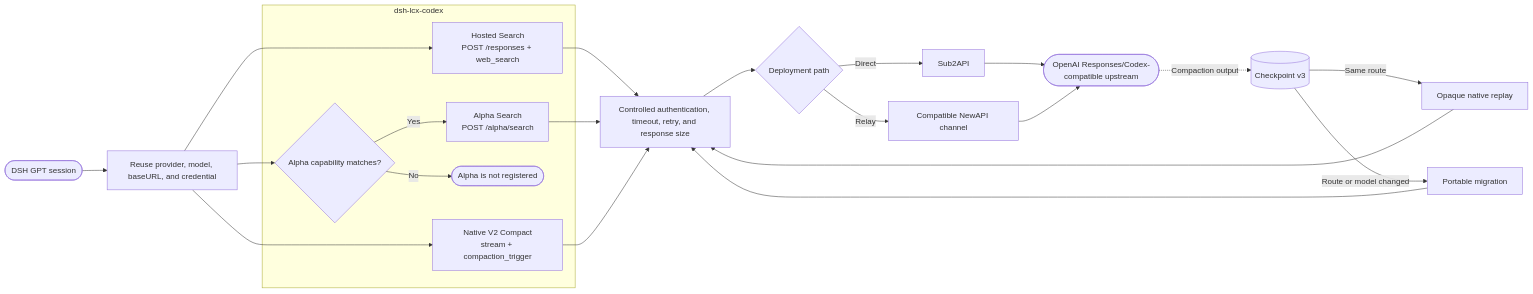
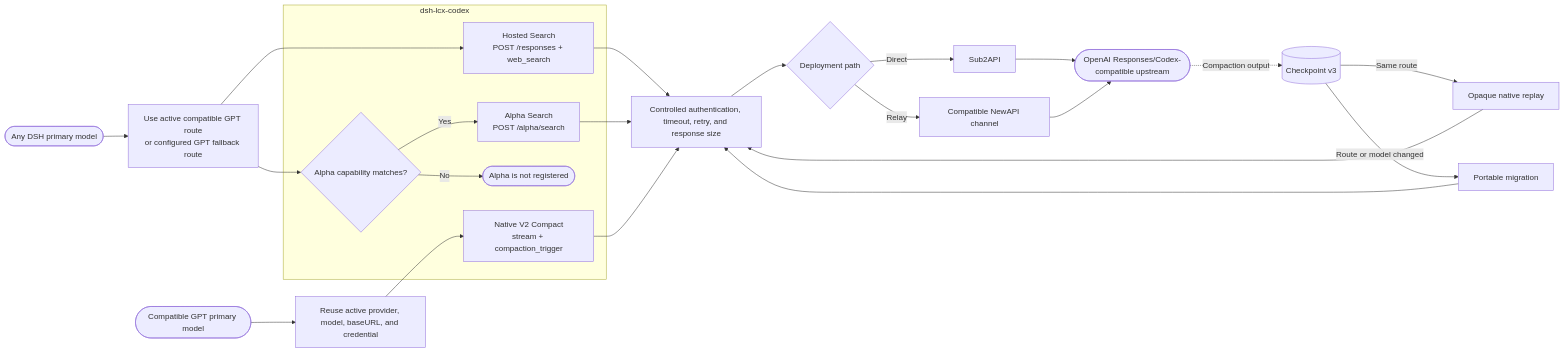
Before and after one commit to kk3ya03-star/dsh-lcx-codex: the diagram in README_EN.md, drawn with Mermaid. The commit also changed other lines of this file and 7 other files, not shown here.

````diff
--- a/README_EN.md
+++ b/README_EN.md
@@ -20,37 +20,38 @@
 ```mermaid
 flowchart LR
     accTitle: dsh-lcx-codex architecture
-    accDescr: The plugin reuses the active DSH openai-responses model route and credential, then sends Hosted Search, capability-gated Alpha Search, and Native V2 Compact requests through a controlled transport to a direct Sub2API or NewAPI relay deployment.
+    accDescr: Hosted and Alpha can be called by any DSH primary model through a configured GPT openai-responses route. Enabling Hosted selects the plugin DSH search provider; disabling it restores the previous provider. Native V2 Compact applies only to the active compatible GPT route.
 
-    dsh_session([DSH GPT session]) --> resolve_route[Reuse provider, model, baseURL, and credential]
+    dsh_session([Any DSH primary model]) --> search_route[Use active compatible GPT route<br/>or configured GPT fallback route]
+    gpt_session([Compatible GPT primary model]) --> compact_route[Reuse active provider, model, baseURL, and credential]
 
     subgraph plugin_capabilities ["dsh-lcx-codex"]
         hosted_search[Hosted Search<br/>POST /responses + web_search]
         alpha_gate{Alpha capability matches?}
         alpha_search[Alpha Search<br/>POST /alpha/search]
         alpha_disabled([Alpha is not registered])
         native_compact[Native V2 Compact<br/>stream + compaction_trigger]
     end
 
-    resolve_route --> hosted_search
-    resolve_route --> alpha_gate
-    resolve_route --> native_compact
+    search_route --> hosted_search
+    search_route --> alpha_gate
+    compact_route --> native_compact
     alpha_gate -->|Yes| alpha_search
     alpha_gate -->|No| alpha_disabled
 
     hosted_search --> transport[Controlled authentication, timeout, retry, and response size]
     alpha_search --> transport
     native_compact --> transport
 
     transport --> deployment{Deployment path}
     deployment -->|Direct| sub2api[Sub2API]
     deployment -->|Relay| newapi[Compatible NewAPI channel]
     sub2api --> upstream([OpenAI Responses/Codex-compatible upstream])
     newapi --> upstream
 
     upstream -.->|Compaction output| checkpoint[(Checkpoint v3)]
     checkpoint -->|Same route| opaque_replay[Opaque native replay]
     checkpoint -->|Route or model changed| portable_migration[Portable migration]
     opaque_replay --> transport
     portable_migration --> transport
 ```
````
